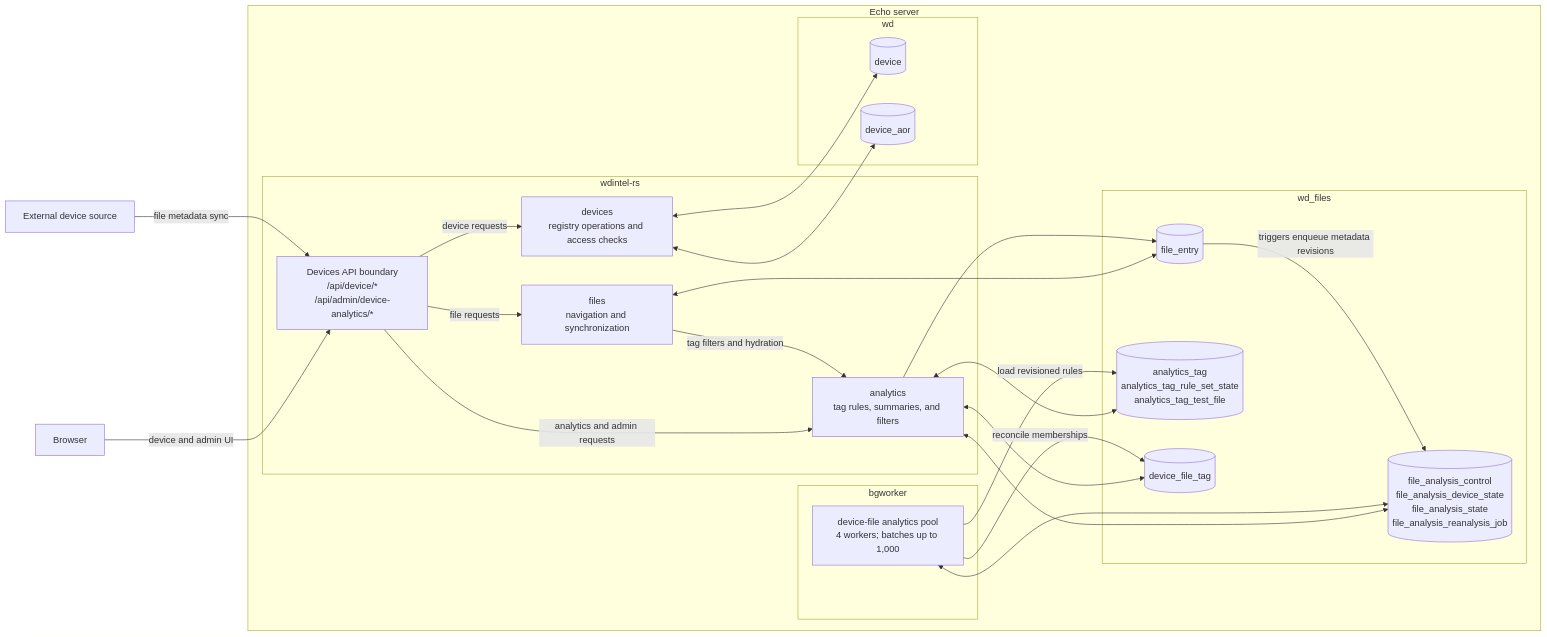
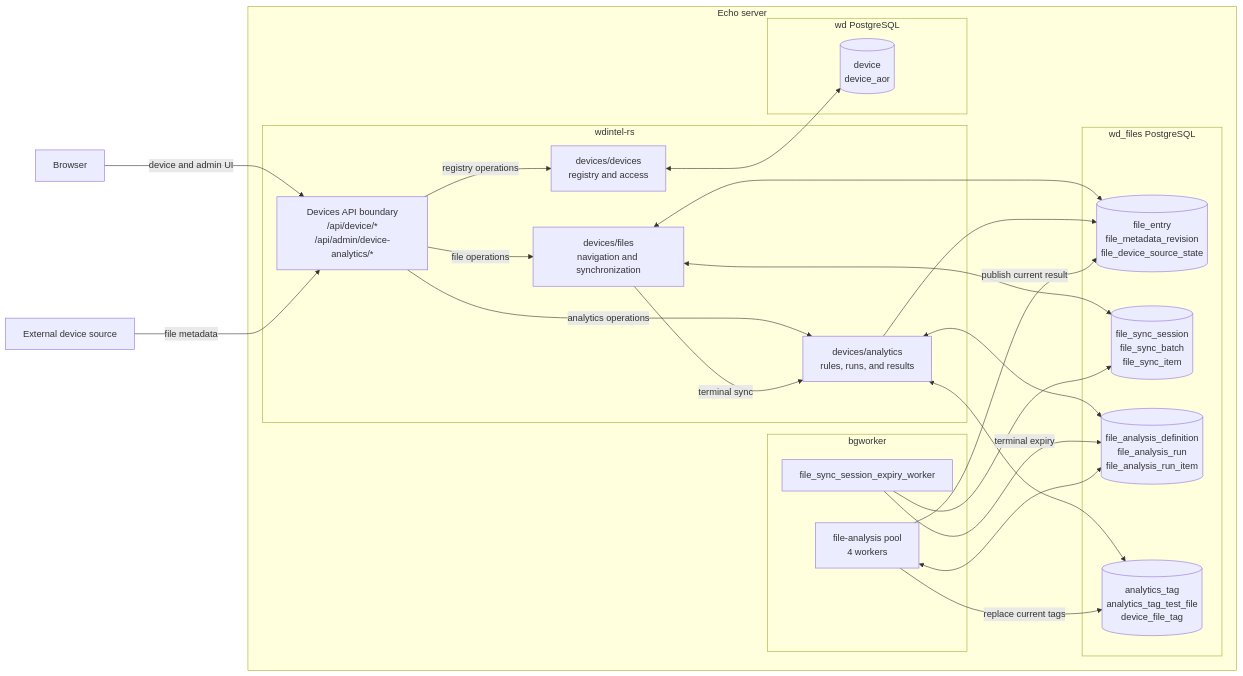
One commit to murczyk/echo changed the diagram in archive/2026-07-29-devices/README.md. Above: the diagram before and after it, drawn with Mermaid. The commit also changed other lines of this file and 4 other files, not shown here.

````diff
--- a/archive/2026-07-29-devices/README.md
+++ b/archive/2026-07-29-devices/README.md
@@ -21,49 +13,49 @@
 ```mermaid
 flowchart LR
     Browser["Browser"]
-    ExternalSource["External device source"]
+    DeviceSource["External device source"]
 
     subgraph Host["Echo server"]
-        subgraph Web["wdintel-rs"]
+        subgraph Backend["wdintel-rs"]
             API["Devices API boundary<br/>/api/device/*<br/>/api/admin/device-analytics/*"]
-            Devices["devices<br/>registry operations and access checks"]
-            Files["files<br/>navigation and synchronization"]
-            Analytics["analytics<br/>tag rules, summaries, and filters"]
+            Devices["devices/devices<br/>registry and access"]
+            Files["devices/files<br/>navigation and synchronization"]
+            Analytics["devices/analytics<br/>rules, runs, and results"]
         end
 
-        subgraph Bgworker["bgworker"]
-            AnalyticsWorkers["device-file analytics pool<br/>4 workers; batches up to 1,000"]
+        subgraph Workers["bgworker"]
+            ExpiryWorker["file_sync_session_expiry_worker"]
+            AnalysisWorkers["file-analysis pool<br/>4 workers"]
         end
 
-        subgraph MainPostgreSQL["wd"]
-            DeviceTable[("device")]
-            DeviceAorTable[("device_aor")]
+        subgraph MainPostgreSQL["wd PostgreSQL"]
+            DeviceStore[("device<br/>device_aor")]
         end
 
-        subgraph FileRegistryPostgreSQL["wd_files"]
-            FileEntryTable[("file_entry")]
-            TagDefinitionTables[("analytics_tag<br/>analytics_tag_rule_set_state<br/>analytics_tag_test_file")]
-            AnalysisStateTables[("file_analysis_control<br/>file_analysis_device_state<br/>file_analysis_state<br/>file_analysis_reanalysis_job")]
-            DeviceFileTagTable[("device_file_tag")]
+        subgraph FilePostgreSQL["wd_files PostgreSQL"]
+            FileStore[("file_entry<br/>file_metadata_revision<br/>file_device_source_state")]
+            SyncStore[("file_sync_session<br/>file_sync_batch<br/>file_sync_item")]
+            AnalysisStore[("file_analysis_definition<br/>file_analysis_run<br/>file_analysis_run_item")]
+            TagStore[("analytics_tag<br/>analytics_tag_test_file<br/>device_file_tag")]
         end
 
-        API -->|"device requests"| Devices
-        API -->|"file requests"| Files
-        API -->|"analytics and admin requests"| Analytics
-        Files -->|"tag filters and hydration"| Analytics
-        Devices <--> DeviceTable
-        Devices <--> DeviceAorTable
-        Files <--> FileEntryTable
-        Analytics <--> TagDefinitionTables
-        Analytics <--> AnalysisStateTables
-        Analytics <--> DeviceFileTagTable
-        Analytics --> FileEntryTable
-        AnalyticsWorkers -->|"load revisioned rules"| TagDefinitionTables
-        AnalyticsWorkers <--> AnalysisStateTables
-        AnalyticsWorkers -->|"reconcile memberships"| DeviceFileTagTable
-        FileEntryTable -->|"triggers enqueue metadata revisions"| AnalysisStateTables
+        API -->|"registry operations"| Devices
+        API -->|"file operations"| Files
+        API -->|"analytics operations"| Analytics
+        Devices <--> DeviceStore
+        Files <--> FileStore
+        Files <--> SyncStore
+        Files -->|"terminal sync"| Analytics
+        Analytics <--> AnalysisStore
+        Analytics <--> TagStore
+        Analytics --> FileStore
+        ExpiryWorker --> SyncStore
+        ExpiryWorker -->|"terminal expiry"| AnalysisStore
+        AnalysisWorkers <--> AnalysisStore
+        AnalysisWorkers -->|"publish current result"| FileStore
+        AnalysisWorkers -->|"replace current tags"| TagStore
     end
 
     Browser -->|"device and admin UI"| API
-    ExternalSource -->|"file metadata sync"| API
+    DeviceSource -->|"file metadata"| API
 ```
````
